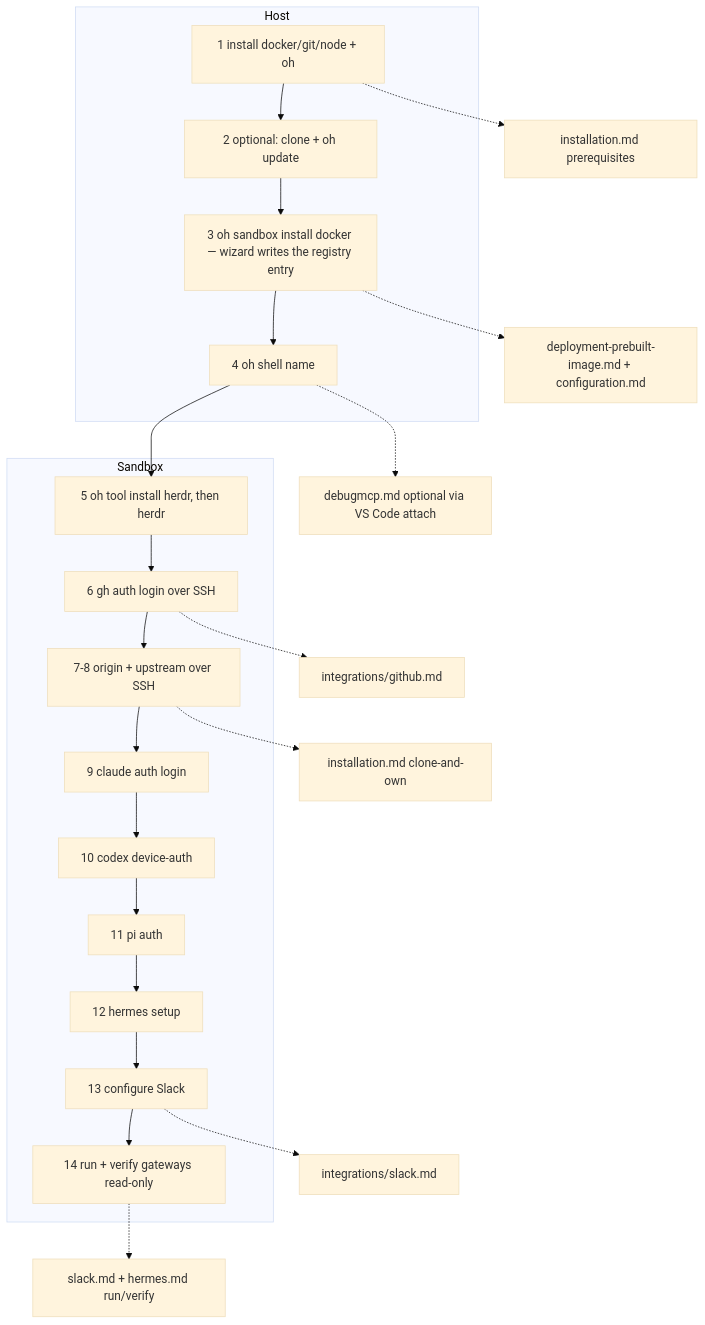
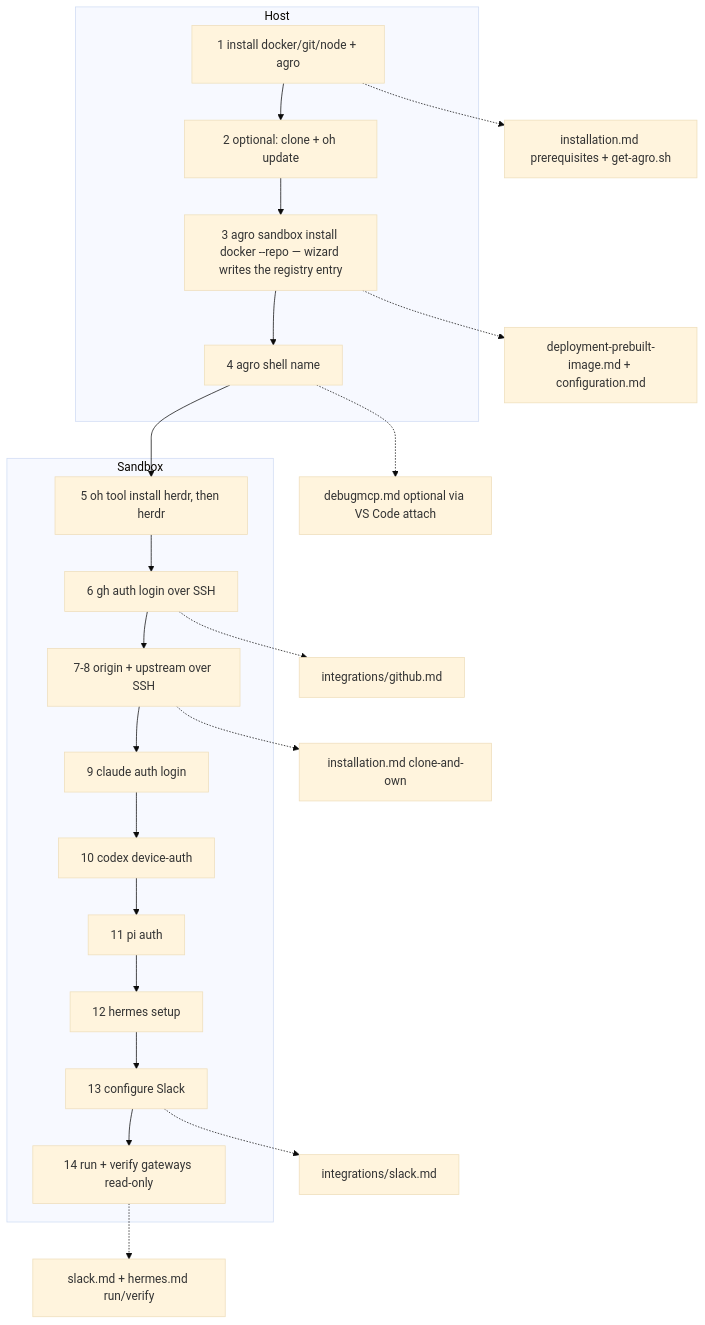
Before and after one commit to ryaneggz/open-harness: the diagram in .oh/knowledge/source/fresh-machine-setup.md, drawn with Mermaid (base theme). The commit also changed other lines of this file and 59 other files, not shown here.

First line of the commit message:
FROM feat/941-agro-cli-entry TO development (#990)

````diff
--- a/.oh/knowledge/source/fresh-machine-setup.md
+++ b/.oh/knowledge/source/fresh-machine-setup.md
@@ -110,26 +122,26 @@
 ```mermaid
 flowchart TD
   subgraph Host
-    S1[1 install docker/git/node + oh] --> S2[2 optional: clone + oh update]
-    S2 --> S3[3 oh sandbox install docker — wizard writes the registry entry]
-    S3 --> S4[4 oh shell name]
+    S1[1 install docker/git/node + agro] --> S2[2 optional: clone + oh update]
+    S2 --> S3[3 agro sandbox install docker --repo — wizard writes the registry entry]
+    S3 --> S4[4 agro shell name]
   end
   subgraph Sandbox
     S4 --> S5[5 oh tool install herdr, then herdr]
     S5 --> S6[6 gh auth login over SSH]
     S6 --> S7[7-8 origin + upstream over SSH]
     S7 --> S9[9 claude auth login]
     S9 --> S10[10 codex device-auth]
     S10 --> S11[11 pi auth]
     S11 --> S12[12 hermes setup]
     S12 --> S13[13 configure Slack]
     S13 --> S14[14 run + verify gateways read-only]
   end
-  S1 -.-> D1[installation.md prerequisites]
+  S1 -.-> D1[installation.md prerequisites + get-agro.sh]
   S3 -.-> D2[deployment-prebuilt-image.md + configuration.md]
   S6 -.-> D3[integrations/github.md]
   S7 -.-> D4[installation.md clone-and-own]
   S4 -.-> D6[debugmcp.md optional via VS Code attach]
   S13 -.-> D7[integrations/slack.md]
   S14 -.-> D8[slack.md + hermes.md run/verify]
 ```
````
